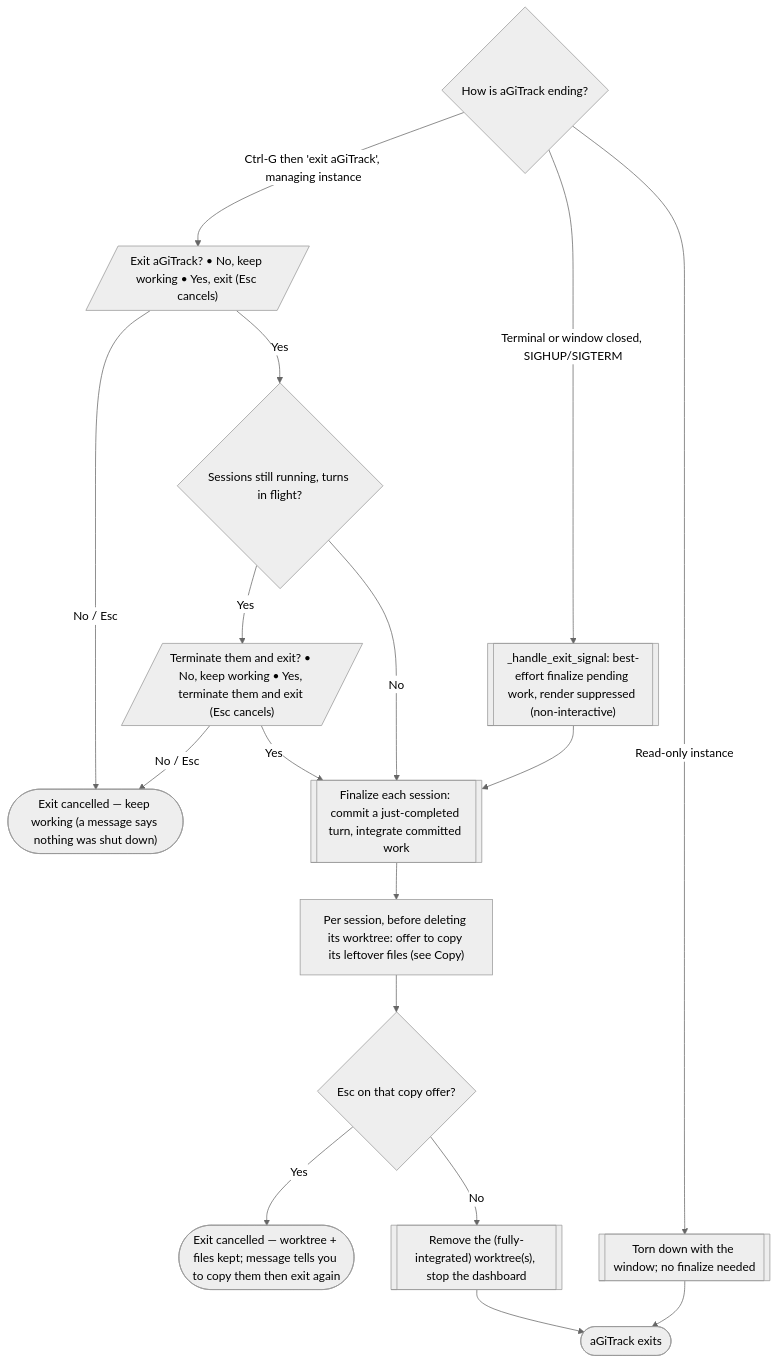
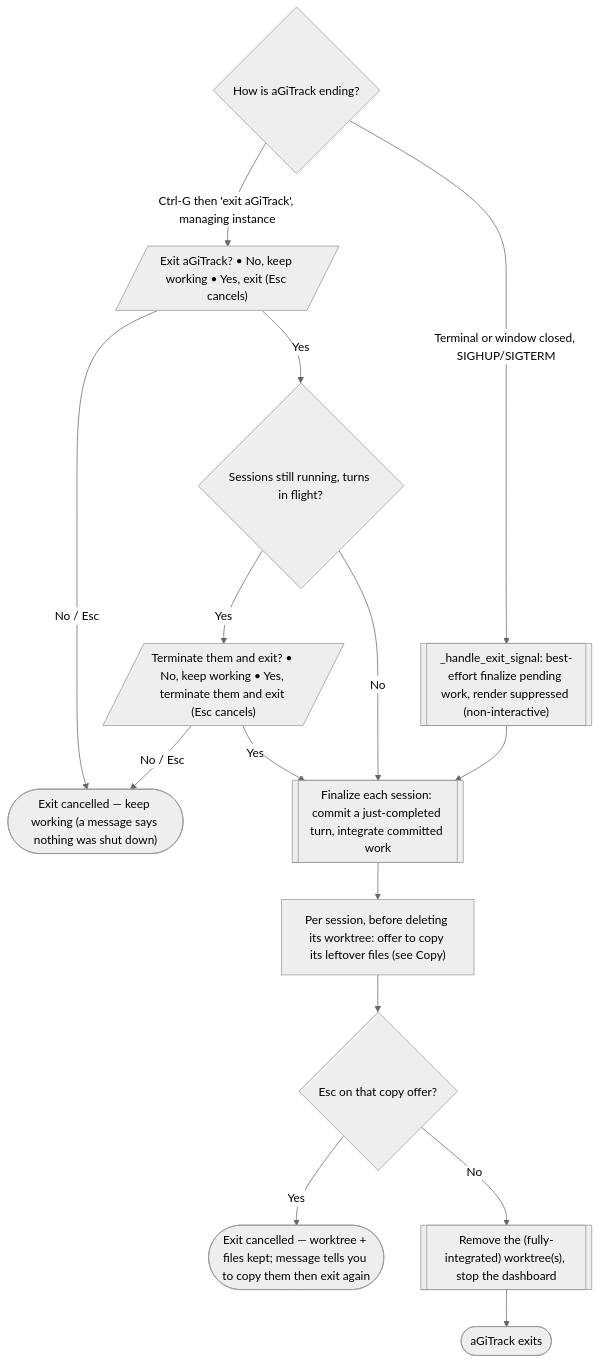
Diagram 11 of 15 in docs/user-flow.md (core-aix/agitrack), drawn with Mermaid (neutral theme) before and after one commit. The commit also changed other lines of this file, not shown here.

````diff
--- a/docs/user-flow.md
+++ b/docs/user-flow.md
@@ -428,25 +428,23 @@
 ```mermaid
 flowchart TD
   how{"How is aGiTrack ending?"}
   how -->|"Ctrl-G then 'exit aGiTrack', managing instance"| conf[/"Exit aGiTrack? • No, keep working • Yes, exit (Esc cancels)"/]
   conf -->|No / Esc| stay(["Exit cancelled — keep working (a message says nothing was shut down)"])
   conf -->|Yes| busy{"Sessions still running, turns in flight?"}
   busy -->|Yes| term[/"Terminate them and exit? • No, keep working • Yes, terminate them and exit (Esc cancels)"/]
   busy -->|No| fin
   term -->|No / Esc| stay
   term -->|Yes| fin
 
   how -->|Terminal or window closed, SIGHUP/SIGTERM| sig[["_handle_exit_signal: best-effort finalize pending work, render suppressed (non-interactive)"]]
-  how -->|Read-only instance| roexit[["Torn down with the window; no finalize needed"]]
 
   fin[["Finalize each session: commit a just-completed turn, integrate committed work"]]
   fin --> copy2["Per session, before deleting its worktree: offer to copy its leftover files (see Copy)"]
   copy2 --> esc{"Esc on that copy offer?"}
   esc -->|Yes| abort(["Exit cancelled — worktree + files kept; message tells you to copy them then exit again"])
   esc -->|No| rm[["Remove the (fully-integrated) worktree(s), stop the dashboard"]]
   sig --> fin
   rm --> bye(["aGiTrack exits"])
-  roexit --> bye
 
   click copy2 "#6-after-the-turn-copy-worktree-only-files-to-base"
 ```
````
